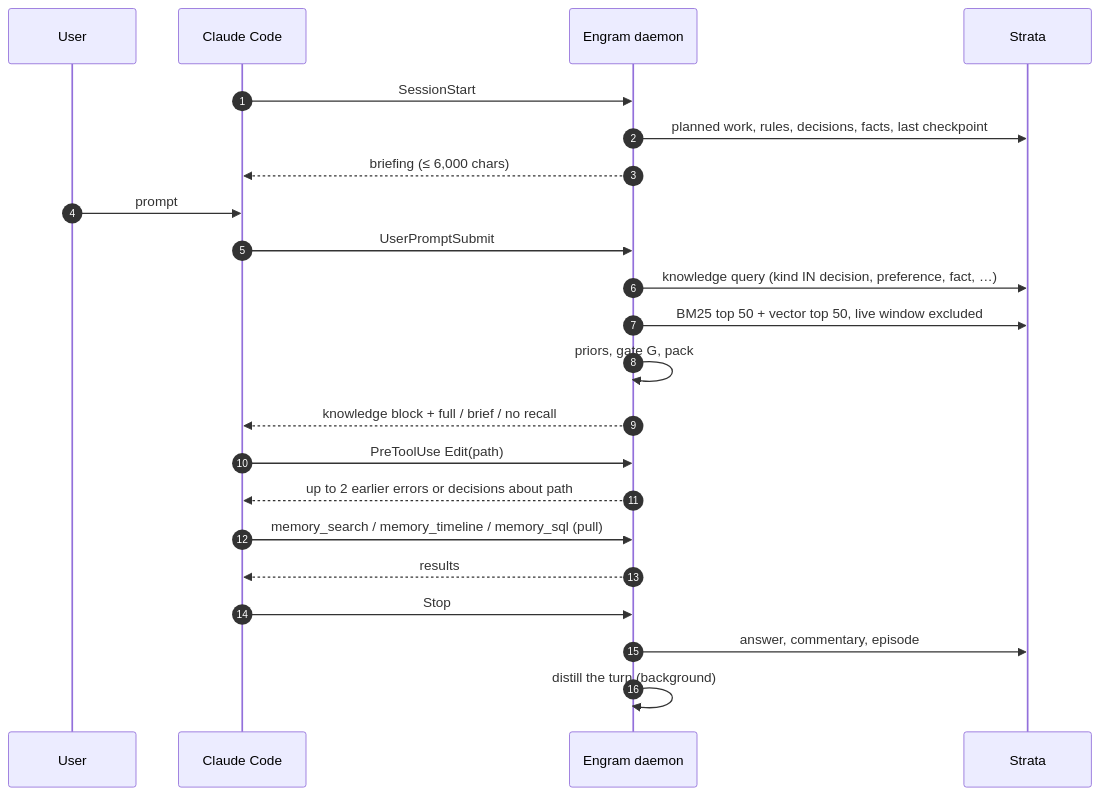
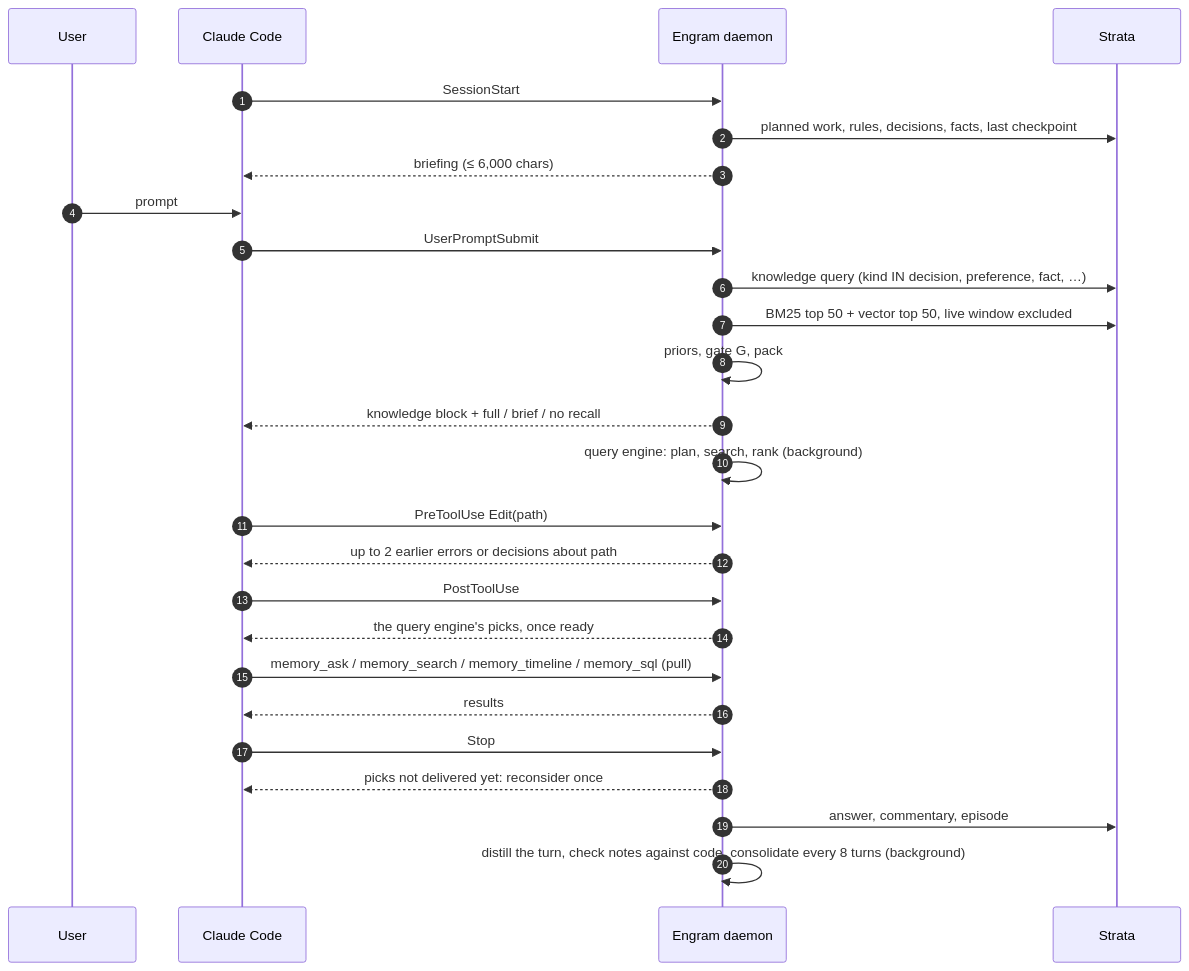
The second of 3 diagrams in docs/engram/index.md (chloetech-ai/strata), drawn with Mermaid before and after one commit. The commit also changed other lines of this file and 2 other files, not shown here.

First line of the commit message:
Engram: keep notes consolidation never rewords alone; document v2 features

````diff
--- a/docs/engram/index.md
+++ b/docs/engram/index.md
@@ -128,24 +146,28 @@
 ```mermaid
 sequenceDiagram
     autonumber
     participant U as User
     participant C as Claude Code
     participant E as Engram daemon
     participant S as Strata
     C->>E: SessionStart
     E->>S: planned work, rules, decisions, facts, last checkpoint
     E-->>C: briefing (≤ 6,000 chars)
     U->>C: prompt
     C->>E: UserPromptSubmit
     E->>S: knowledge query (kind IN decision, preference, fact, …)
     E->>S: BM25 top 50 + vector top 50, live window excluded
     E->>E: priors, gate G, pack
     E-->>C: knowledge block + full / brief / no recall
+    E->>E: query engine: plan, search, rank (background)
     C->>E: PreToolUse Edit(path)
     E-->>C: up to 2 earlier errors or decisions about path
-    C->>E: memory_search / memory_timeline / memory_sql (pull)
+    C->>E: PostToolUse
+    E-->>C: the query engine's picks, once ready
+    C->>E: memory_ask / memory_search / memory_timeline / memory_sql (pull)
     E-->>C: results
     C->>E: Stop
+    E-->>C: picks not delivered yet: reconsider once
     E->>S: answer, commentary, episode
-    E->>E: distill the turn (background)
+    E->>E: distill the turn, check notes against code, consolidate every 8 turns (background)
 ```
````
